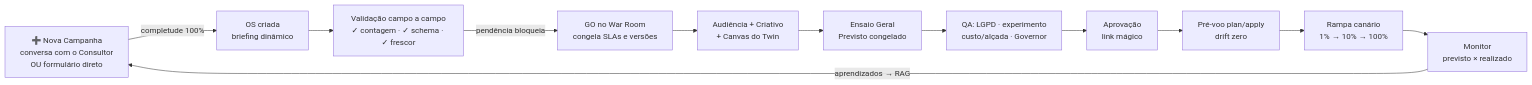
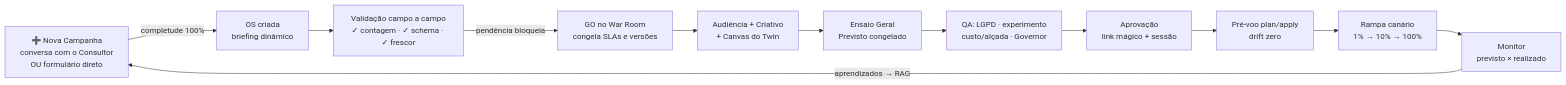
Before and after one commit to sergiogaiotto/jornada: the first of 2 diagrams in README.md, drawn with Mermaid. The commit also changed other lines of this file and 1 other file, not shown here.

````diff
--- a/README.md
+++ b/README.md
@@ -22,14 +39,14 @@
 ```mermaid
 flowchart LR
   NC["➕ Nova Campanha<br/>conversa com o Consultor<br/>OU formulário direto"] -->|completude 100%| OS["OS criada<br/>briefing dinâmico"]
   OS --> VAL["Validação campo a campo<br/>✓ contagem · ✓ schema · ✓ frescor"]
   VAL -->|pendência bloqueia| GO["GO no War Room<br/>congela SLAs e versões"]
   GO --> PROD["Audiência + Criativo<br/>+ Canvas do Twin"]
   PROD --> SIM["Ensaio Geral<br/>Previsto congelado"]
   SIM --> QA["QA: LGPD · experimento<br/>custo/alçada · Governor"]
-  QA --> APR["Aprovação<br/>link mágico"]
+  QA --> APR["Aprovação<br/>link mágico + sessão"]
   APR --> PRE["Pré-voo plan/apply<br/>drift zero"]
   PRE --> RAMP["Rampa canário<br/>1% → 10% → 100%"]
   RAMP --> MON["Monitor<br/>previsto × realizado"]
   MON -->|aprendizados → RAG| NC
 ```
````
